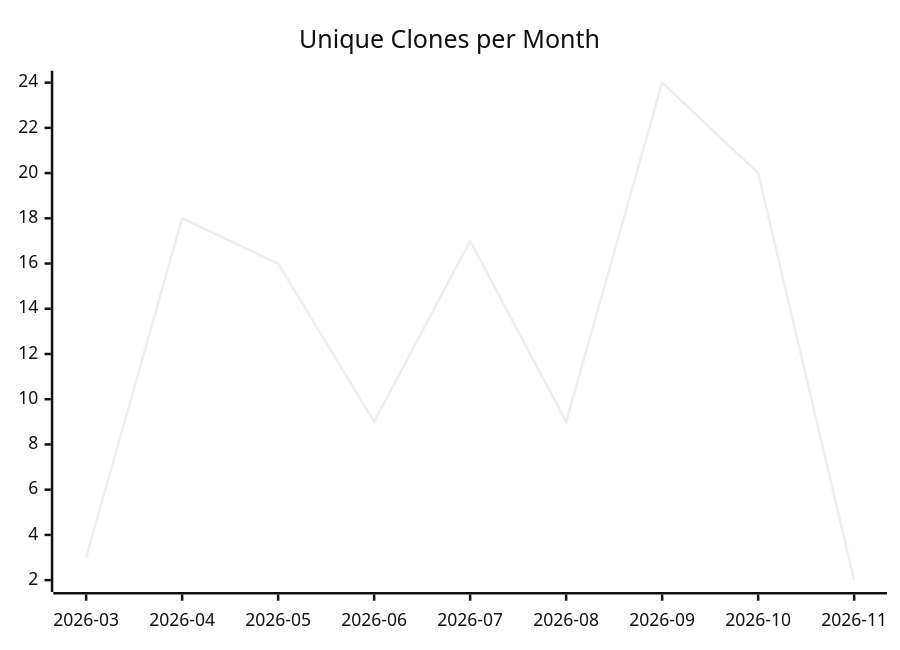
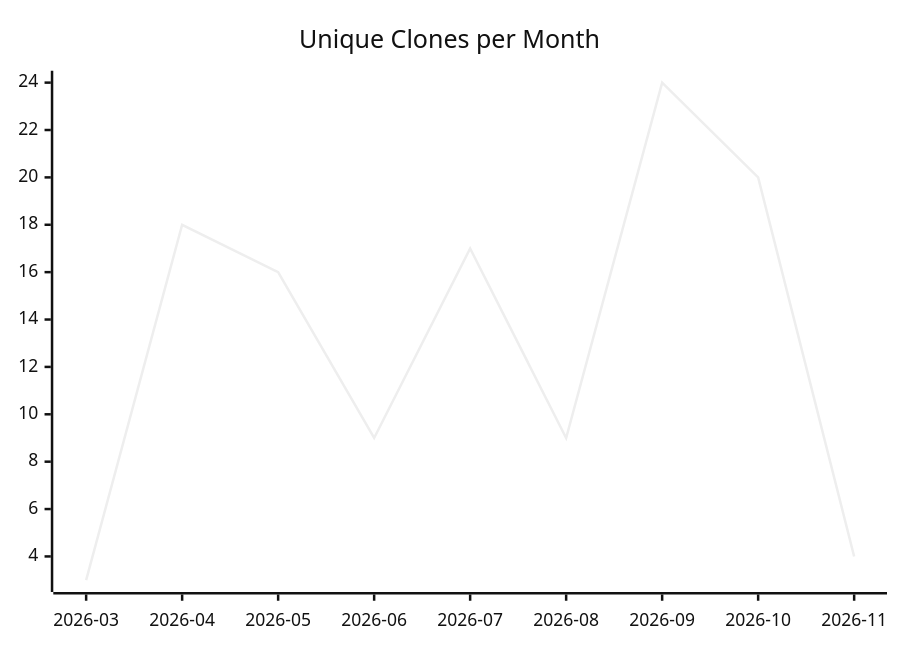
The third of 3 diagrams in karlmdavis/jessentials/README.md (justdavis-family/github-analytics-data), drawn with Mermaid (neutral theme) before and after one commit. The commit also changed other lines of this file and 188 other files, not shown here.

````diff
--- a/karlmdavis/jessentials/README.md
+++ b/karlmdavis/jessentials/README.md
@@ -19,6 +19,6 @@
 ```mermaid
 xychart-beta
   title "Unique Clones per Month"
   x-axis ["2026-03", "2026-04", "2026-05", "2026-06", "2026-07", "2026-08", "2026-09", "2026-10", "2026-11"]
-  line [3, 18, 16, 9, 17, 9, 24, 20, 2]
+  line [3, 18, 16, 9, 17, 9, 24, 20, 4]
 ```
````
